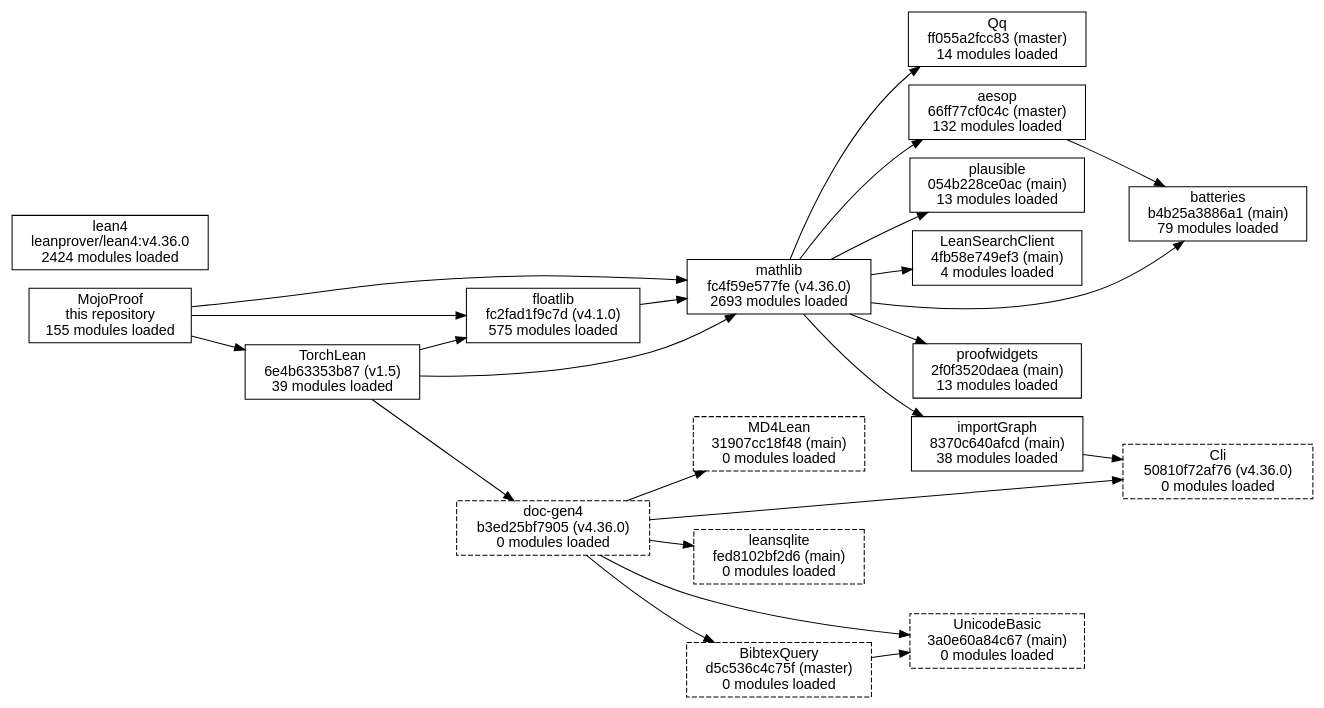
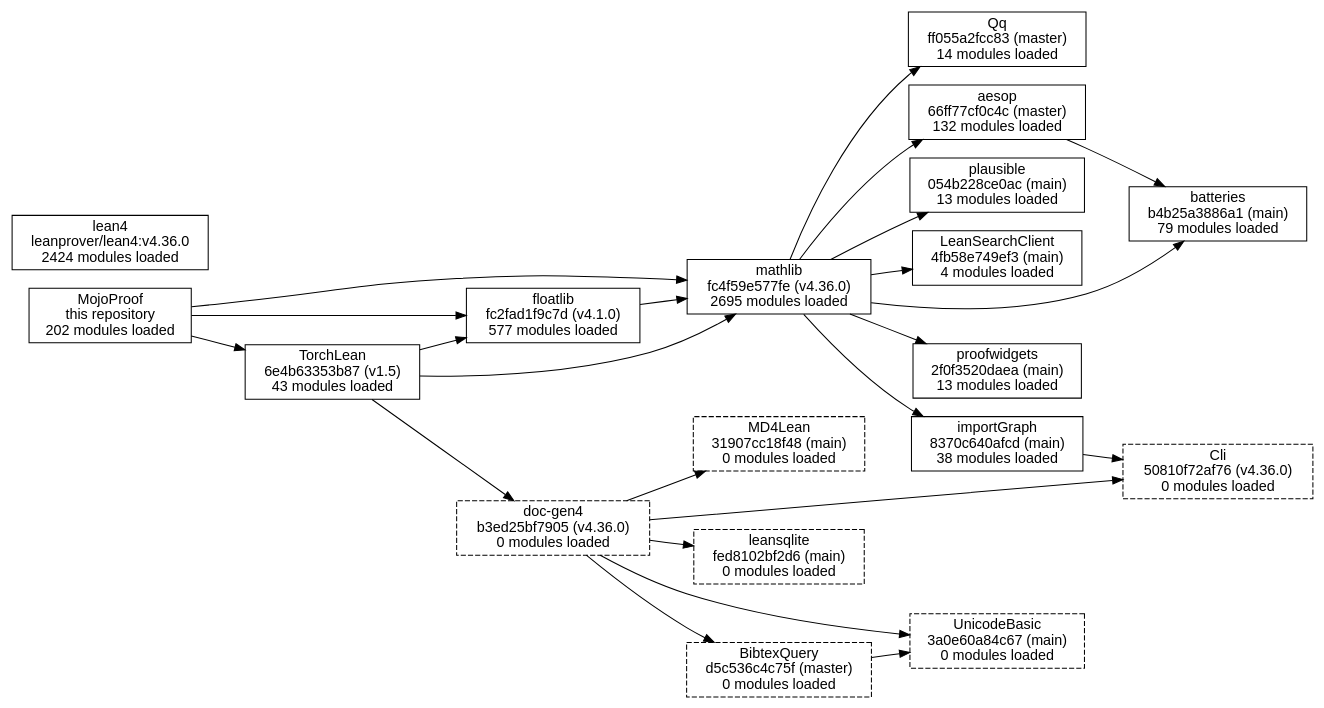
One commit to Robertboy18/MojoProof changed the diagram in docs/deps/packages.dot. Above: the diagram before and after it, drawn with Graphviz. The commit also changed 242 other files, not shown here.

First line of the commit message:
Daily update 2026-11-23: the proofs, docs and roadmap as of dev fef36f5

```diff
--- a/docs/deps/packages.dot
+++ b/docs/deps/packages.dot
@@ -1,44 +1,44 @@
 digraph packages {
   rankdir=LR;
   node [shape=box, fontname="Helvetica"];
-  "MojoProof" [label="MojoProof\nthis repository\n155 modules loaded"];
-  "mathlib" [label="mathlib\nfc4f59e577fe (v4.36.0)\n2693 modules loaded"];
-  "TorchLean" [label="TorchLean\n6e4b63353b87 (v1.5)\n39 modules loaded"];
-  "floatlib" [label="floatlib\nfc2fad1f9c7d (v4.1.0)\n575 modules loaded"];
+  "MojoProof" [label="MojoProof\nthis repository\n202 modules loaded"];
+  "mathlib" [label="mathlib\nfc4f59e577fe (v4.36.0)\n2695 modules loaded"];
+  "TorchLean" [label="TorchLean\n6e4b63353b87 (v1.5)\n43 modules loaded"];
+  "floatlib" [label="floatlib\nfc2fad1f9c7d (v4.1.0)\n577 modules loaded"];
   "plausible" [label="plausible\n054b228ce0ac (main)\n13 modules loaded"];
   "LeanSearchClient" [label="LeanSearchClient\n4fb58e749ef3 (main)\n4 modules loaded"];
   "importGraph" [label="importGraph\n8370c640afcd (main)\n38 modules loaded"];
   "proofwidgets" [label="proofwidgets\n2f0f3520daea (main)\n13 modules loaded"];
   "aesop" [label="aesop\n66ff77cf0c4c (master)\n132 modules loaded"];
   "Qq" [label="Qq\nff055a2fcc83 (master)\n14 modules loaded"];
   "batteries" [label="batteries\nb4b25a3886a1 (main)\n79 modules loaded"];
   "doc-gen4" [label="doc-gen4\nb3ed25bf7905 (v4.36.0)\n0 modules loaded", style="dashed"];
   "Cli" [label="Cli\n50810f72af76 (v4.36.0)\n0 modules loaded", style="dashed"];
   "leansqlite" [label="leansqlite\nfed8102bf2d6 (main)\n0 modules loaded", style="dashed"];
   "UnicodeBasic" [label="UnicodeBasic\n3a0e60a84c67 (main)\n0 modules loaded", style="dashed"];
   "BibtexQuery" [label="BibtexQuery\nd5c536c4c75f (master)\n0 modules loaded", style="dashed"];
   "MD4Lean" [label="MD4Lean\n31907cc18f48 (main)\n0 modules loaded", style="dashed"];
   "lean4" [label="lean4\nleanprover/lean4:v4.36.0\n2424 modules loaded"];
   "BibtexQuery" -> "UnicodeBasic";
   "MojoProof" -> "TorchLean";
   "MojoProof" -> "floatlib";
   "MojoProof" -> "mathlib";
   "TorchLean" -> "doc-gen4";
   "TorchLean" -> "floatlib";
   "TorchLean" -> "mathlib";
   "aesop" -> "batteries";
   "doc-gen4" -> "BibtexQuery";
   "doc-gen4" -> "Cli";
   "doc-gen4" -> "MD4Lean";
   "doc-gen4" -> "UnicodeBasic";
   "doc-gen4" -> "leansqlite";
   "floatlib" -> "mathlib";
   "importGraph" -> "Cli";
   "mathlib" -> "LeanSearchClient";
   "mathlib" -> "Qq";
   "mathlib" -> "aesop";
   "mathlib" -> "batteries";
   "mathlib" -> "importGraph";
   "mathlib" -> "plausible";
   "mathlib" -> "proofwidgets";
 }
```
